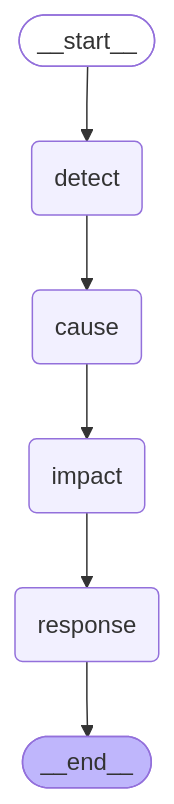
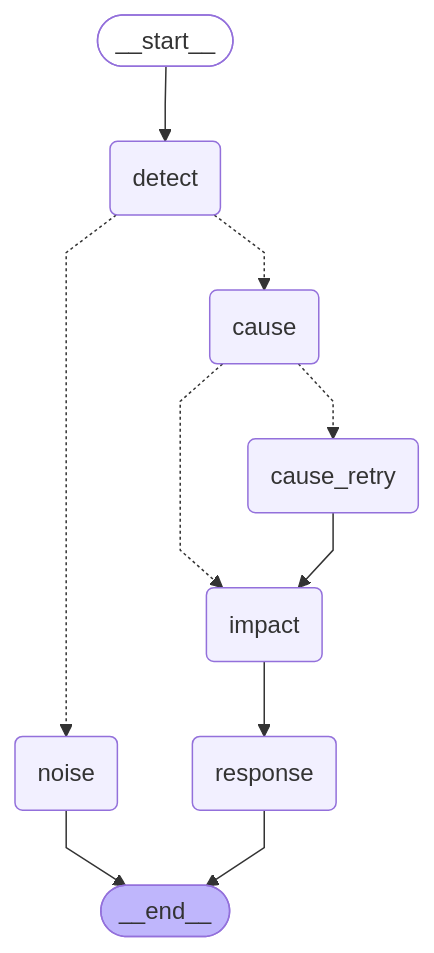
One commit to FabAgentGroup/fabAgent changed the diagram in docs/orchestrator_graph.mmd. Above: the diagram before and after it, drawn with Mermaid. The commit also changed 2 other files, not shown here.

Commit message:
feat(orchestrator): 조건부 라우팅 추가 (severity gate + cause confidence retry)

```diff
--- a/docs/orchestrator_graph.mmd
+++ b/docs/orchestrator_graph.mmd
@@ -1,20 +1,26 @@
 ---
 config:
   flowchart:
     curve: linear
 ---
 graph TD;
 	__start__([<p>__start__</p>]):::first
 	detect(detect)
+	noise(noise)
 	cause(cause)
+	cause_retry(cause_retry)
 	impact(impact)
 	response(response)
 	__end__([<p>__end__</p>]):::last
 	__start__ --> detect;
-	cause --> impact;
-	detect --> cause;
+	cause -.-> cause_retry;
+	cause -.-> impact;
+	cause_retry --> impact;
+	detect -.-> cause;
+	detect -.-> noise;
 	impact --> response;
+	noise --> __end__;
 	response --> __end__;
 	classDef default fill:#f2f0ff,line-height:1.2
 	classDef first fill-opacity:0
 	classDef last fill:#bfb6fc
```
